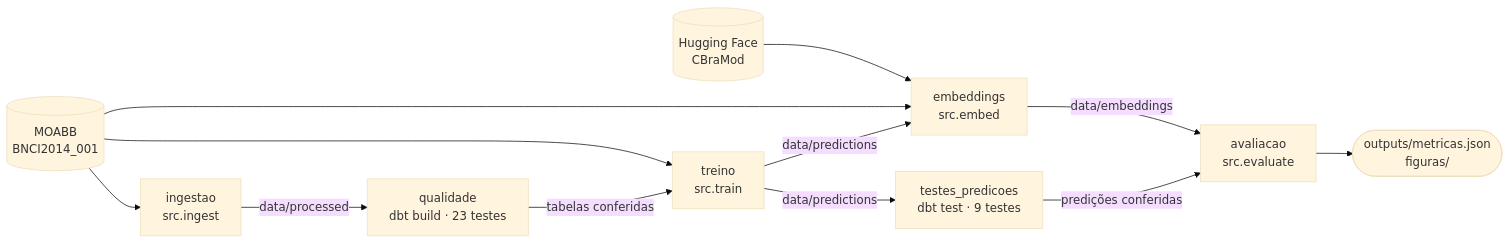
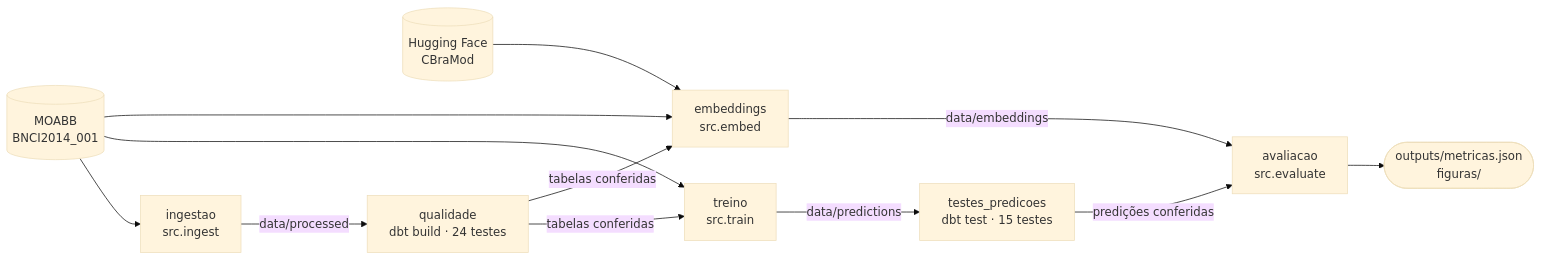
The sixth of 6 diagrams in README.md (kafb04/data-engineering-multimodal-ai), drawn with Mermaid (base theme) before and after one commit. The commit also changed other lines of this file and 44 other files, not shown here.

````diff
--- a/README.md
+++ b/README.md
@@ -384,21 +387,21 @@
 ```mermaid
 flowchart LR
     MO[("MOABB<br/>BNCI2014_001")]
     HF[("Hugging Face<br/>CBraMod")]
     ING["ingestao<br/>src.ingest"]
-    QUA["qualidade<br/>dbt build · 23 testes"]
+    QUA["qualidade<br/>dbt build · 24 testes"]
     TRE["treino<br/>src.train"]
-    TES["testes_predicoes<br/>dbt test · 9 testes"]
+    TES["testes_predicoes<br/>dbt test · 15 testes"]
     EMB["embeddings<br/>src.embed"]
     AVA["avaliacao<br/>src.evaluate"]
     OUT(["outputs/metricas.json<br/>figuras/"])
 
     MO --> ING & TRE & EMB
     HF --> EMB
     ING -->|"data/processed"| QUA
-    QUA -->|"tabelas conferidas"| TRE
-    TRE -->|"data/predictions"| TES & EMB
+    QUA -->|"tabelas conferidas"| TRE & EMB
+    TRE -->|"data/predictions"| TES
     TES -->|"predições conferidas"| AVA
     EMB -->|"data/embeddings"| AVA
     AVA --> OUT
 ```
````
